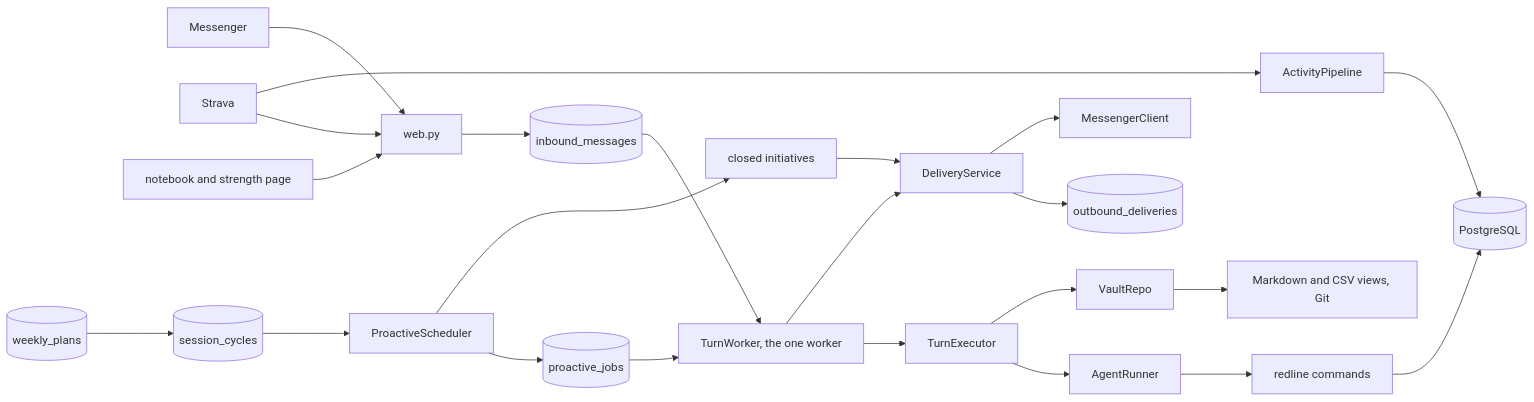
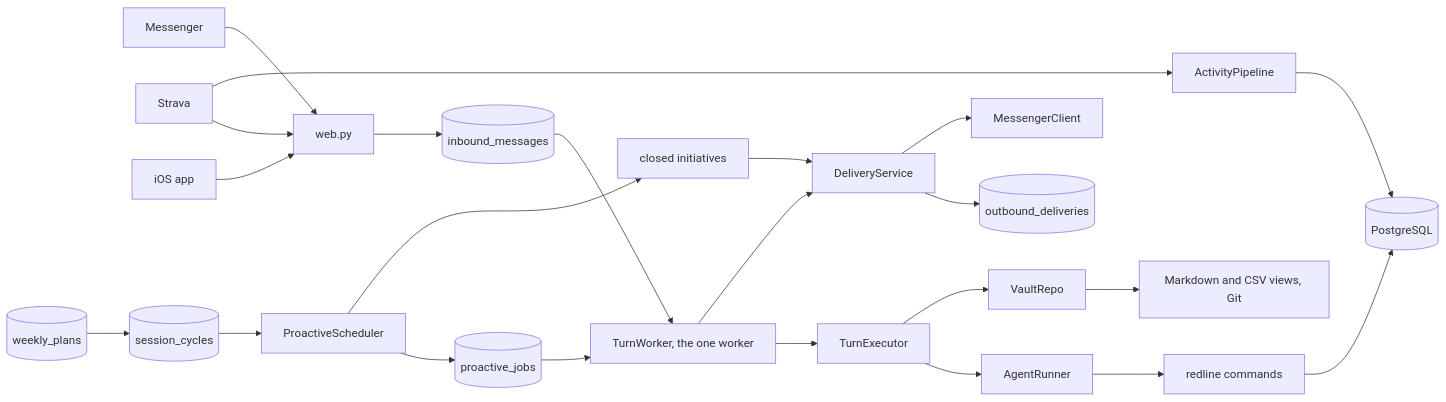
The diagram in docs/architecture.md (Maxbrt18/redline), drawn with Mermaid before and after one commit. The commit also changed other lines of this file and 105 other files, not shown here.

First line of the commit message:
Remove the web notebook: the iOS app is the athlete's only interface

````diff
--- a/docs/architecture.md
+++ b/docs/architecture.md
@@ -21,25 +21,25 @@
 ```mermaid
 flowchart LR
     Meta[Messenger] --> Web[web.py]
     Strava[Strava] --> Web
-    Pages[notebook and strength page] --> Web
+    App[iOS app] --> Web
     Web --> Inbox[(inbound_messages)]
     Inbox --> Bot[TurnWorker, the one worker]
     Scheduler[ProactiveScheduler] --> Jobs[(proactive_jobs)]
     Plans[(weekly_plans)] --> Cycles[(session_cycles)]
     Cycles --> Scheduler
     Jobs --> Bot
     Strava --> Activity[ActivityPipeline]
     Activity --> DB
     Scheduler --> Closed[closed initiatives]
     Closed --> Delivery[DeliveryService]
     Bot --> Turn[TurnExecutor]
     Turn --> Agent[AgentRunner]
     Agent --> CLI[redline commands]
     CLI --> DB[(PostgreSQL)]
     Turn --> Vault[VaultRepo]
     Vault --> Views[Markdown and CSV views, Git]
     Bot --> Delivery
     Delivery --> Journal[(outbound_deliveries)]
     Delivery --> Messenger[MessengerClient]
 ```
````
